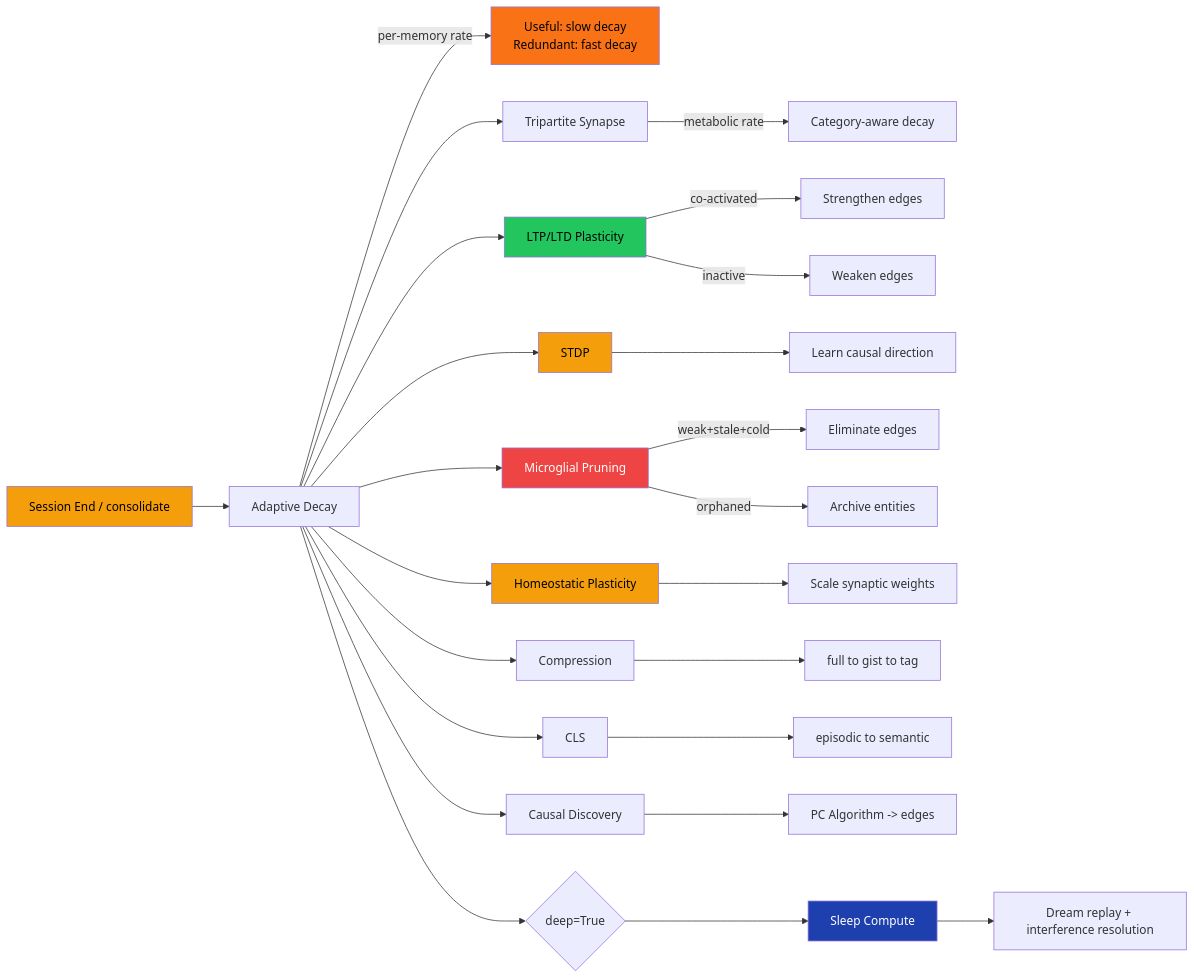
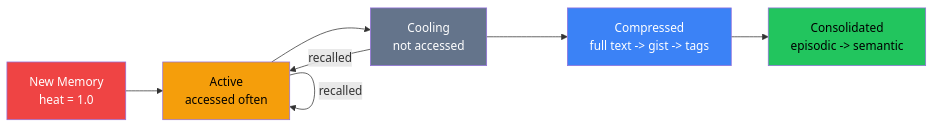
Before and after one commit to cdeust/Cortex: the fourth of 7 diagrams in README.md, drawn with Mermaid. The commit also changed other lines of this file and 14 other files, not shown here.

````diff
--- a/README.md
+++ b/README.md
@@ -451,42 +235,15 @@
 ```mermaid
 flowchart LR
-    A[Session End / consolidate] --> B[Adaptive Decay]
-    B -->|per-memory rate| AD[Useful: slow decay<br/>Redundant: fast decay]
-    B --> TS[Tripartite Synapse]
-    TS -->|metabolic rate| D[Category-aware decay]
+    A["New Memory<br/>heat = 1.0"] --> B["Active<br/>accessed often"]
+    B --> C["Cooling<br/>not accessed"]
+    C --> D["Compressed<br/>full text -> gist -> tags"]
+    D --> E["Consolidated<br/>episodic -> semantic"]
+    B -->|"recalled"| B
+    C -->|"recalled"| B
 
-    B --> LTP[LTP/LTD Plasticity]
-    LTP -->|co-activated| S1[Strengthen edges]
-    LTP -->|inactive| S2[Weaken edges]
-
-    B --> STDP[STDP]
-    STDP --> S3[Learn causal direction]
-
-    B --> MG[Microglial Pruning]
-    MG -->|weak+stale+cold| S4[Eliminate edges]
-    MG -->|orphaned| S5[Archive entities]
-
-    B --> HP[Homeostatic Plasticity]
-    HP --> S6[Scale synaptic weights]
-
-    B --> CP[Compression]
-    CP --> H[full to gist to tag]
-
-    B --> CLS[CLS]
-    CLS --> J[episodic to semantic]
-
-    B --> CD[Causal Discovery]
-    CD --> L[PC Algorithm -> edges]
-
-    B --> SC{deep=True}
-    SC --> SL[Sleep Compute]
-    SL --> DR[Dream replay + interference resolution]
-
-    style A fill:#f59e0b,color:#000
-    style AD fill:#f97316,color:#000
-    style LTP fill:#22c55e,color:#000
-    style STDP fill:#f59e0b,color:#000
-    style MG fill:#ef4444,color:#fff
-    style HP fill:#f59e0b,color:#000
-    style SL fill:#1e40af,color:#fff
+    style A fill:#ef4444,color:#fff
+    style B fill:#f59e0b,color:#000
+    style C fill:#64748b,color:#fff
+    style D fill:#3b82f6,color:#fff
+    style E fill:#22c55e,color:#000
 ```
````
